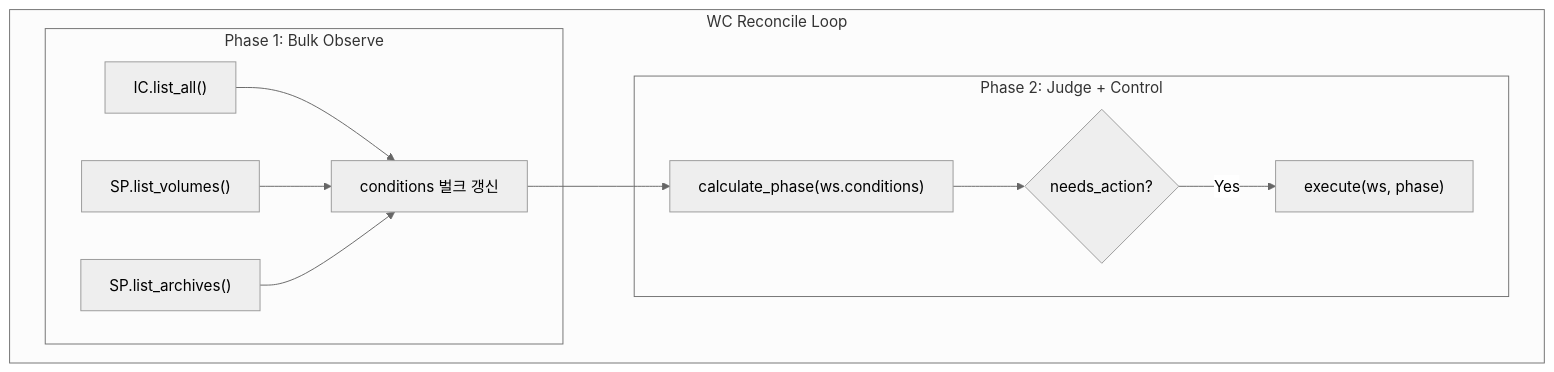
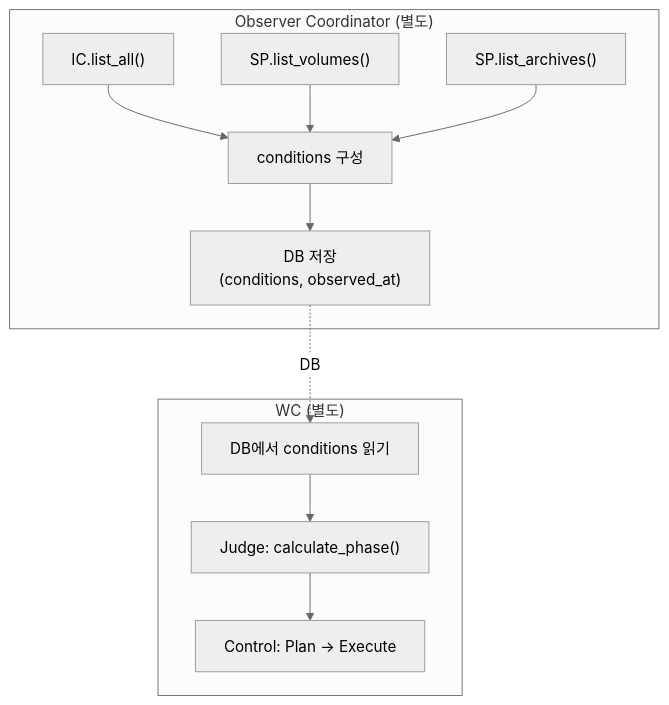
One commit to cagojeiger/code-hub changed the diagram in docs/architecture_v2/wc-observer.md. Above: the diagram before and after it, drawn with Mermaid (neutral theme). The commit also changed other lines of this file, not shown here.

First line of the commit message:
docs(architecture_v2): refactor Observer as separate Coordinator

````diff
--- a/docs/architecture_v2/wc-observer.md
+++ b/docs/architecture_v2/wc-observer.md
@@ -39,26 +24,26 @@
 ```mermaid
 flowchart TB
-    subgraph WC["WC Reconcile Loop"]
-        subgraph Phase1["Phase 1: Bulk Observe"]
-            IC["IC.list_all()"]
-            SPV["SP.list_volumes()"]
-            SPA["SP.list_archives()"]
-            COND["conditions 벌크 갱신"]
+    subgraph OBS["Observer Coordinator (별도)"]
+        IC["IC.list_all()"]
+        SPV["SP.list_volumes()"]
+        SPA["SP.list_archives()"]
+        COND["conditions 구성"]
+        SAVE["DB 저장<br/>(conditions, observed_at)"]
 
-            IC --> COND
-            SPV --> COND
-            SPA --> COND
-        end
+        IC --> COND
+        SPV --> COND
+        SPA --> COND
+        COND --> SAVE
+    end
 
-        subgraph Phase2["Phase 2: Judge + Control"]
-            CALC["calculate_phase(ws.conditions)"]
-            CHECK{"needs_action?"}
-            EXEC["execute(ws, phase)"]
+    subgraph WC["WC (별도)"]
+        READ["DB에서 conditions 읽기"]
+        JUDGE["Judge: calculate_phase()"]
+        CTRL["Control: Plan → Execute"]
 
-            CALC --> CHECK
-            CHECK -->|Yes| EXEC
-        end
+        READ --> JUDGE
+        JUDGE --> CTRL
+    end
 
-        COND --> CALC
-    end
+    SAVE -.->|DB| READ
 ```
````
